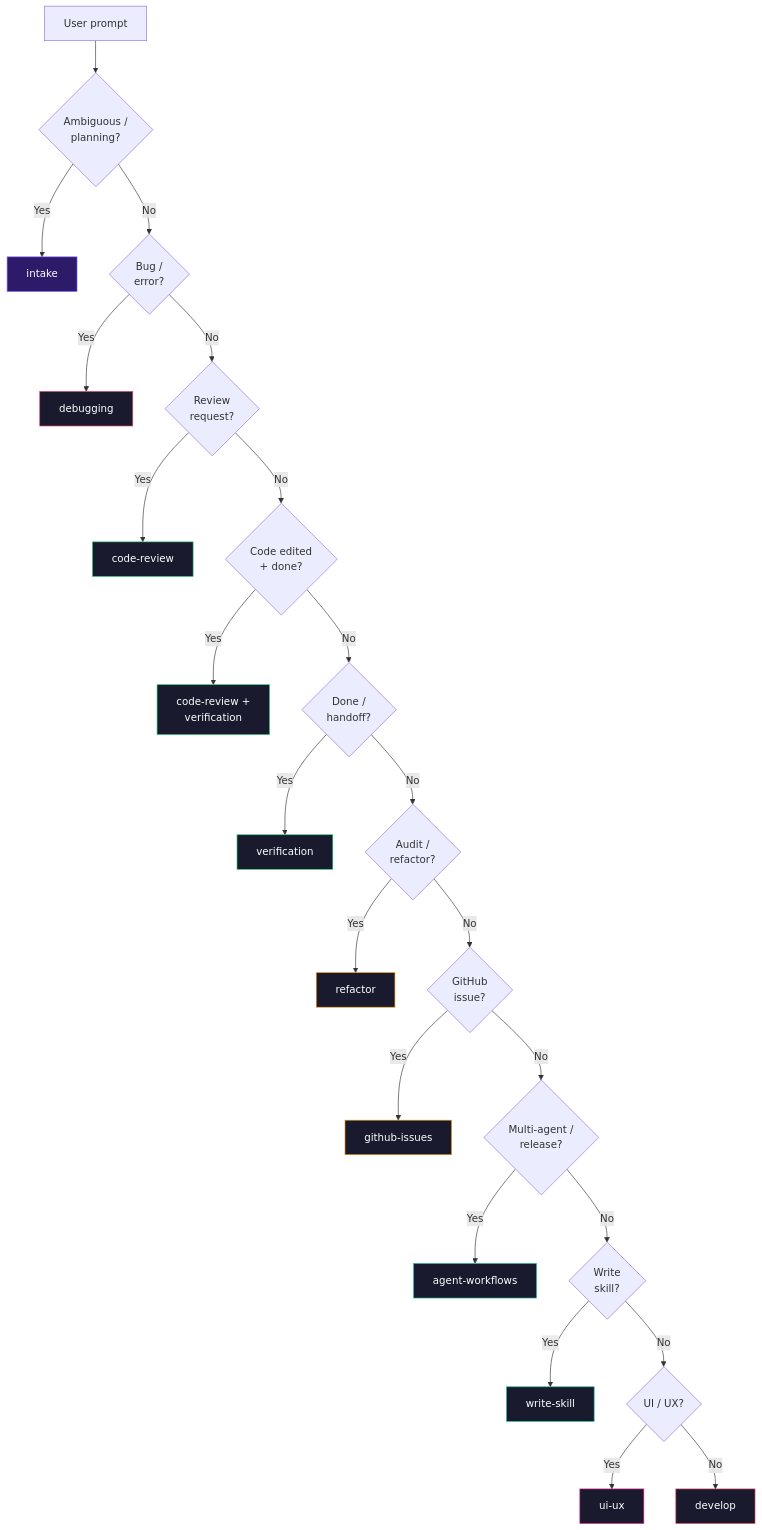
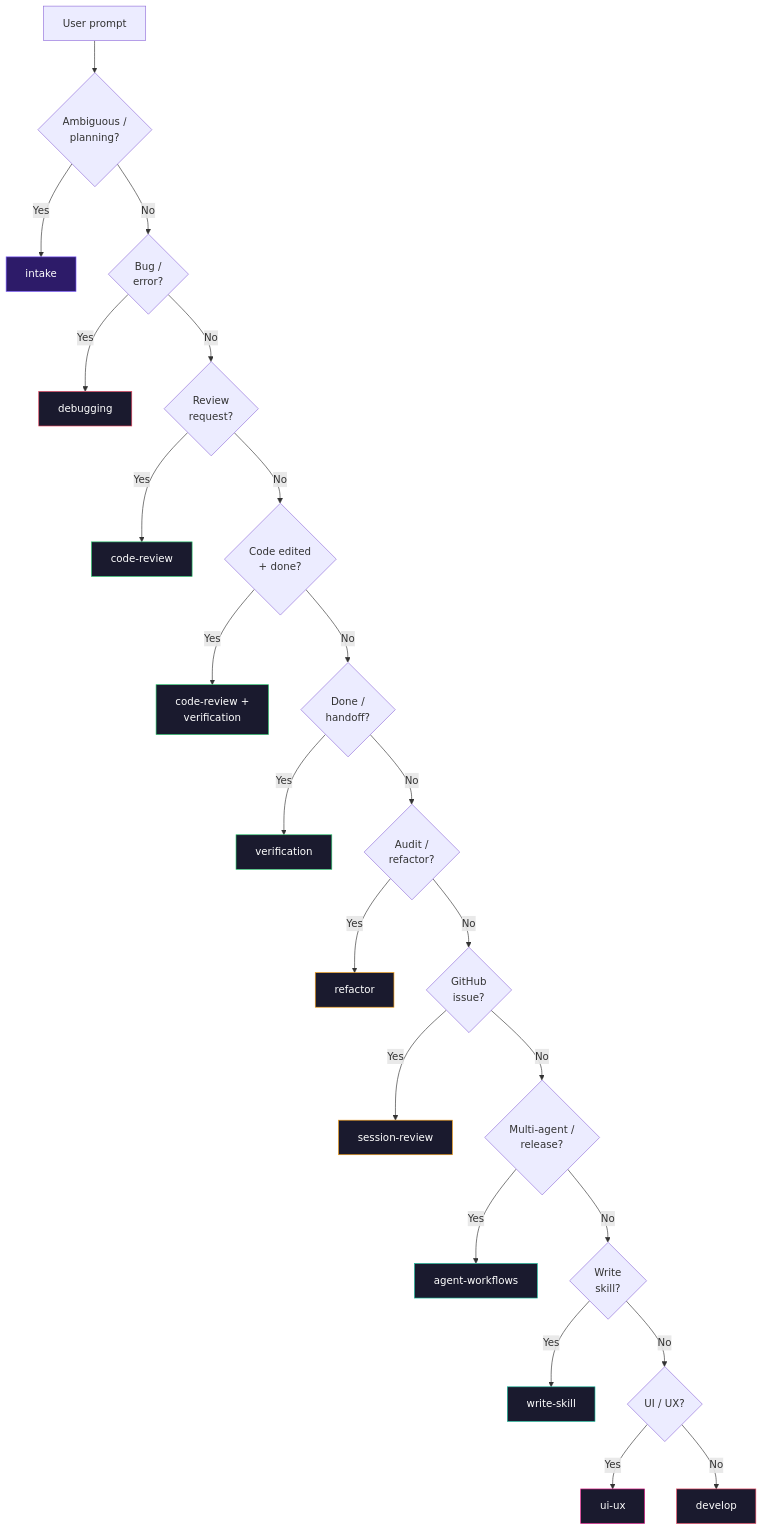
The diagram in README.md (MarkBovee/agent-skills-kit), drawn with Mermaid before and after one commit. The commit also changed other lines of this file and 19 other files, not shown here.

First line of the commit message:
refactor(skill): rename github-issues → session-review, stage-based cascade

````diff
--- a/README.md
+++ b/README.md
@@ -236,36 +236,36 @@
 ```mermaid
 flowchart TD
     P[User prompt] --> C1{"Ambiguous /<br>planning?"}
     C1 -->|Yes| I[intake]
     C1 -->|No| C2{"Bug /<br>error?"}
     C2 -->|Yes| D[debugging]
     C2 -->|No| C3{"Review<br>request?"}
     C3 -->|Yes| CR[code-review]
     C3 -->|No| C4{"Code edited<br>+ done?"}
     C4 -->|Yes| CRV["code-review +<br>verification"]
     C4 -->|No| C5{"Done /<br>handoff?"}
     C5 -->|Yes| V[verification]
     C5 -->|No| C6{"Audit /<br>refactor?"}
     C6 -->|Yes| R[refactor]
     C6 -->|No| C7{"GitHub<br>issue?"}
-    C7 -->|Yes| G[github-issues]
+    C7 -->|Yes| G["session-review"]
     C7 -->|No| C8{"Multi-agent /<br>release?"}
     C8 -->|Yes| A[agent-workflows]
     C8 -->|No| C9{"Write<br>skill?"}
     C9 -->|Yes| W[write-skill]
     C9 -->|No| C10{"UI / UX?"}
     C10 -->|Yes| U[ui-ux]
     C10 -->|No| DE[develop]
 
     style I fill:#2d1b69,stroke:#7C5CFF,color:#fff
     style D fill:#1a1a2e,stroke:#e94560,color:#fff
     style DE fill:#1a1a2e,stroke:#e94560,color:#fff
     style CR fill:#1a1a2e,stroke:#2ecc71,color:#fff
     style CRV fill:#1a1a2e,stroke:#2ecc71,color:#fff
     style V fill:#1a1a2e,stroke:#2ecc71,color:#fff
     style R fill:#1a1a2e,stroke:#f39c12,color:#fff
     style G fill:#1a1a2e,stroke:#f39c12,color:#fff
     style A fill:#1a1a2e,stroke:#1abc9c,color:#fff
     style W fill:#1a1a2e,stroke:#1abc9c,color:#fff
     style U fill:#1a1a2e,stroke:#e91e8c,color:#fff
 ```
````
